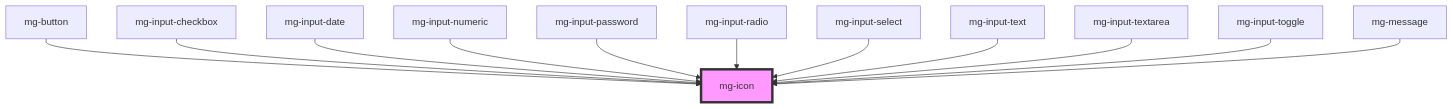
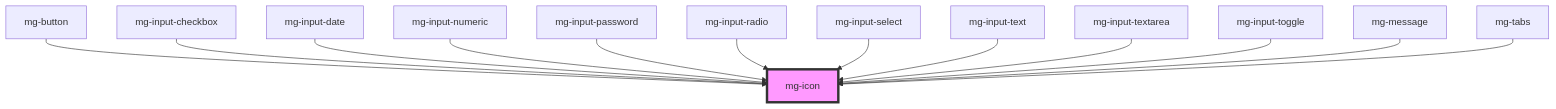
Before and after one commit to MGDIS/mg-components: the diagram in src/components/atoms/mg-icon/readme.md, drawn with Mermaid. The commit also changed other lines of this file and 24 other files, not shown here.

````diff
--- a/src/components/atoms/mg-icon/readme.md
+++ b/src/components/atoms/mg-icon/readme.md
@@ -33,15 +34,16 @@
 ```mermaid
 graph TD;
   mg-button --> mg-icon
   mg-input-checkbox --> mg-icon
   mg-input-date --> mg-icon
   mg-input-numeric --> mg-icon
   mg-input-password --> mg-icon
   mg-input-radio --> mg-icon
   mg-input-select --> mg-icon
   mg-input-text --> mg-icon
   mg-input-textarea --> mg-icon
   mg-input-toggle --> mg-icon
   mg-message --> mg-icon
+  mg-tabs --> mg-icon
   style mg-icon fill:#f9f,stroke:#333,stroke-width:4px
 ```
````
